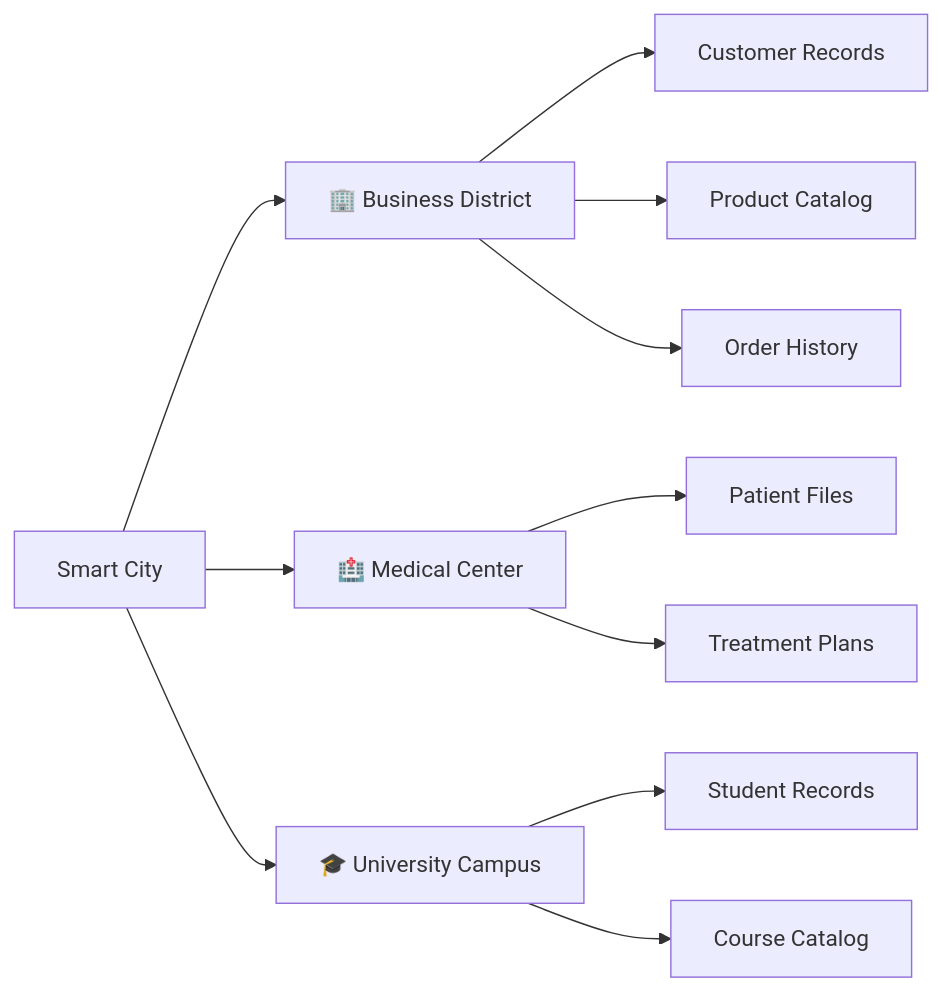
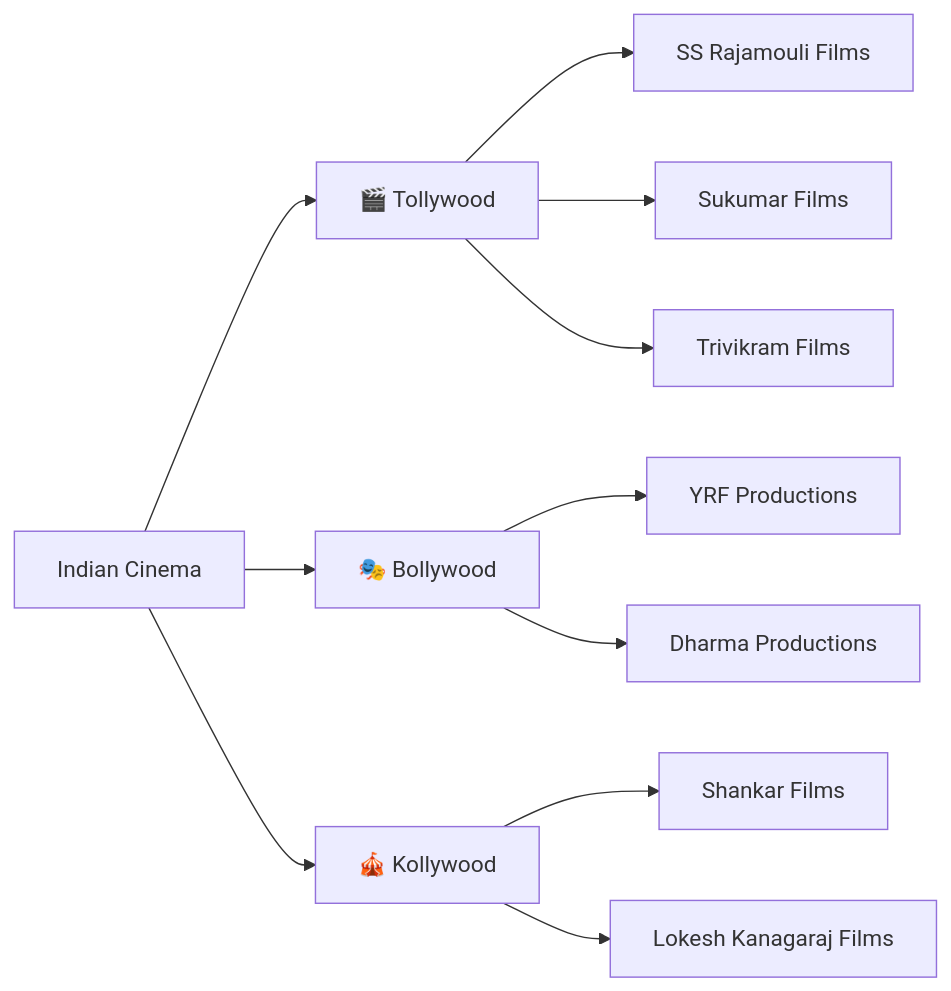
Before and after one commit to viswanathsandu/QuickGuides: the second of 11 diagrams in mongodb-nature-guide.md, drawn with Mermaid. The commit also changed other lines of this file, not shown here.

````diff
--- a/mongodb-nature-guide.md
+++ b/mongodb-nature-guide.md
@@ -115,16 +166,16 @@
 ```mermaid
 graph LR
-    A[Smart City] --> B["🏢 Business District"]
-    A --> C["🏥 Medical Center"]
-    A --> D["🎓 University Campus"]
+    A[Indian Cinema] --> B["🎬 Tollywood"]
+    A --> C["🎭 Bollywood"] 
+    A --> D["🎪 Kollywood"]
     
-    B --> E[Customer Records]
-    B --> F[Product Catalog]
-    B --> G[Order History]
+    B --> E[SS Rajamouli Films]
+    B --> F[Sukumar Films]
+    B --> G[Trivikram Films]
     
-    C --> H[Patient Files]
-    C --> I[Treatment Plans]
+    C --> H[YRF Productions]
+    C --> I[Dharma Productions]
     
-    D --> J[Student Records]
-    D --> K[Course Catalog]
+    D --> J[Shankar Films]
+    D --> K[Lokesh Kanagaraj Films]
 ```
````
